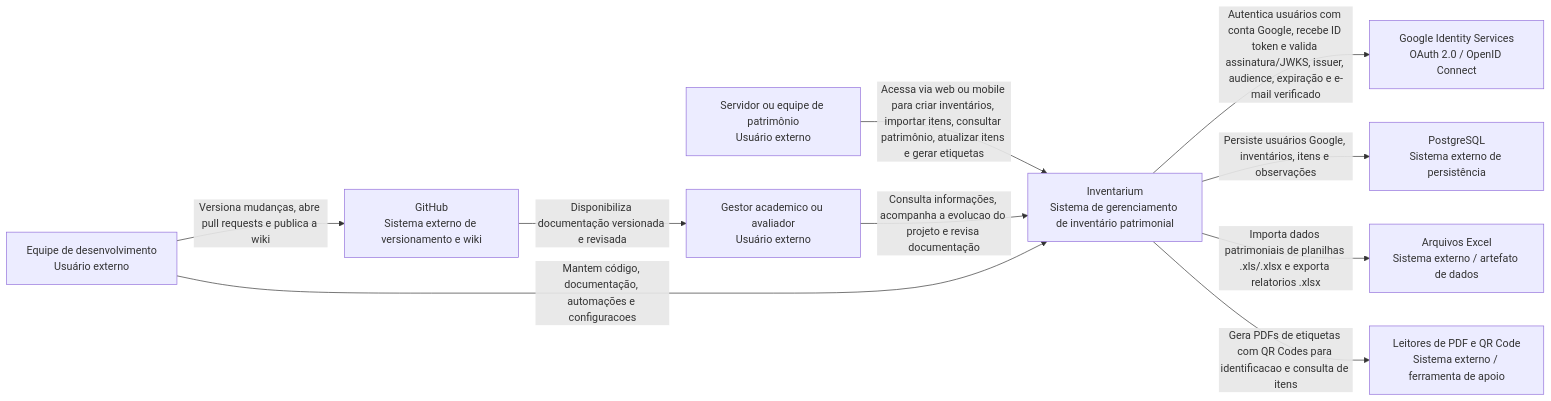
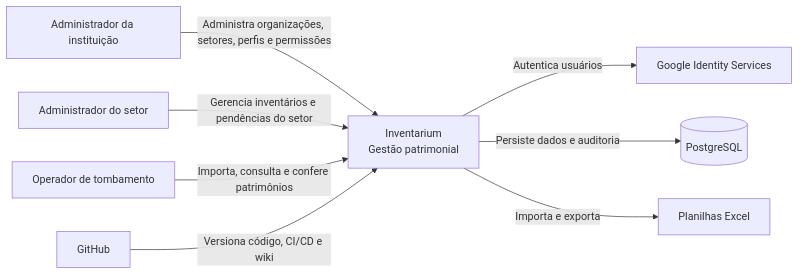
The diagram in docs/wiki/C4-Contexto.md (ifpebj-ti/inventario-patrimonio-cces), drawn with Mermaid before and after one commit. The commit also changed other lines of this file and 2 other files, not shown here.

Commit message:
docs(c4): atualiza contexto e perfis institucionais

````diff
--- a/docs/wiki/C4-Contexto.md
+++ b/docs/wiki/C4-Contexto.md
@@ -13,25 +5,18 @@
 ```mermaid
 flowchart LR
-    servidor["Servidor ou equipe de patrimônio<br/>Usuário externo"]
-    gestor["Gestor academico ou avaliador<br/>Usuário externo"]
-    dev["Equipe de desenvolvimento<br/>Usuário externo"]
-
-    inventarium["Inventarium<br/>Sistema de gerenciamento de inventário patrimonial"]
-
-    google["Google Identity Services<br/>OAuth 2.0 / OpenID Connect"]
-    postgres["PostgreSQL<br/>Sistema externo de persistência"]
-    planilhas["Arquivos Excel<br/>Sistema externo / artefato de dados"]
-    pdf["Leitores de PDF e QR Code<br/>Sistema externo / ferramenta de apoio"]
-    github["GitHub<br/>Sistema externo de versionamento e wiki"]
-
-    servidor -->|"Acessa via web ou mobile para criar inventários, importar itens, consultar patrimônio, atualizar itens e gerar etiquetas"| inventarium
-    gestor -->|"Consulta informações, acompanha a evolucao do projeto e revisa documentação"| inventarium
-    dev -->|"Mantem código, documentação, automações e configuracoes"| inventarium
-
-    inventarium -->|"Autentica usuários com conta Google, recebe ID token e valida assinatura/JWKS, issuer, audience, expiração e e-mail verificado"| google
-    inventarium -->|"Persiste usuários Google, inventários, itens e observações"| postgres
-    inventarium -->|"Importa dados patrimoniais de planilhas .xls/.xlsx e exporta relatorios .xlsx"| planilhas
-    inventarium -->|"Gera PDFs de etiquetas com QR Codes para identificacao e consulta de itens"| pdf
-    dev -->|"Versiona mudanças, abre pull requests e publica a wiki"| github
-    github -->|"Disponibiliza documentação versionada e revisada"| gestor
+    adminOrg["Administrador da instituição"]
+    adminSetor["Administrador do setor"]
+    operador["Operador de tombamento"]
+    inventarium["Inventarium\nGestão patrimonial"]
+    google["Google Identity Services"]
+    postgres[("PostgreSQL")]
+    excel["Planilhas Excel"]
+    github["GitHub"]
+    adminOrg -->|"Administra organizações, setores, perfis e permissões"| inventarium
+    adminSetor -->|"Gerencia inventários e pendências do setor"| inventarium
+    operador -->|"Importa, consulta e confere patrimônios"| inventarium
+    inventarium -->|"Autentica usuários"| google
+    inventarium -->|"Persiste dados e auditoria"| postgres
+    inventarium -->|"Importa e exporta"| excel
+    github -->|"Versiona código, CI/CD e wiki"| inventarium
 ```
````
